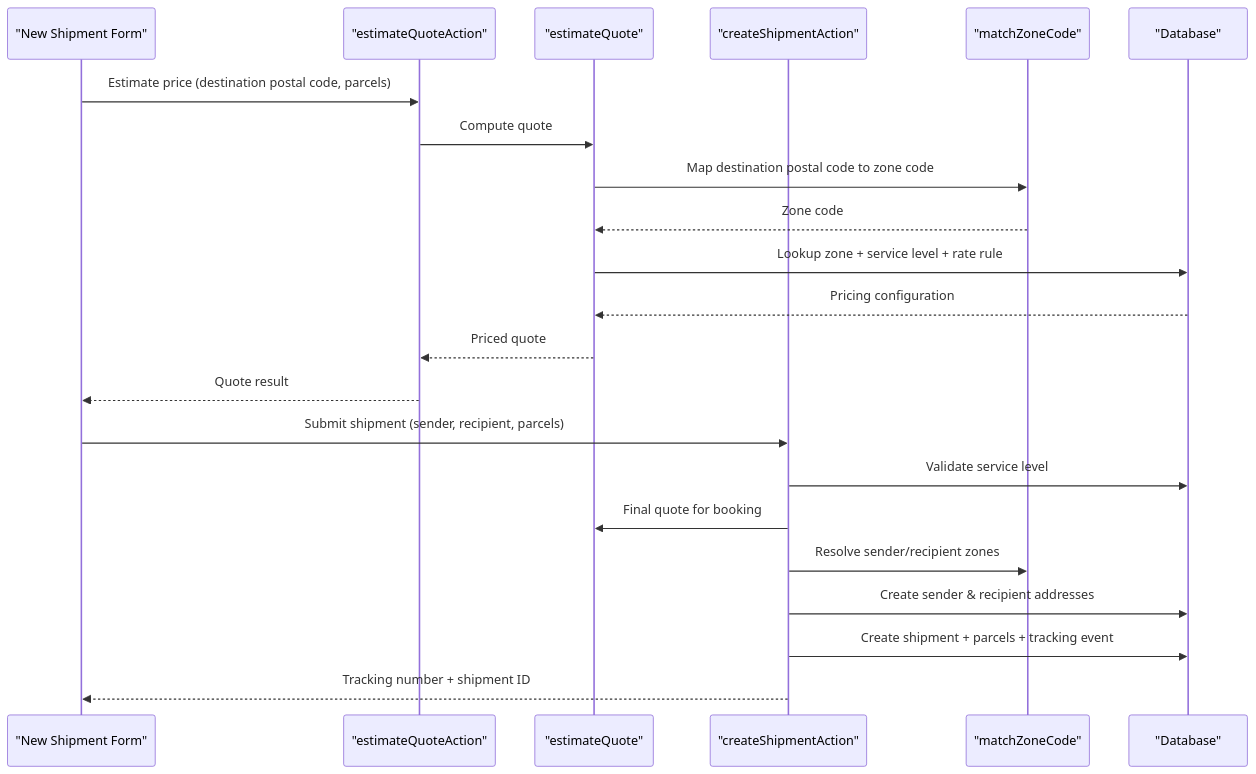
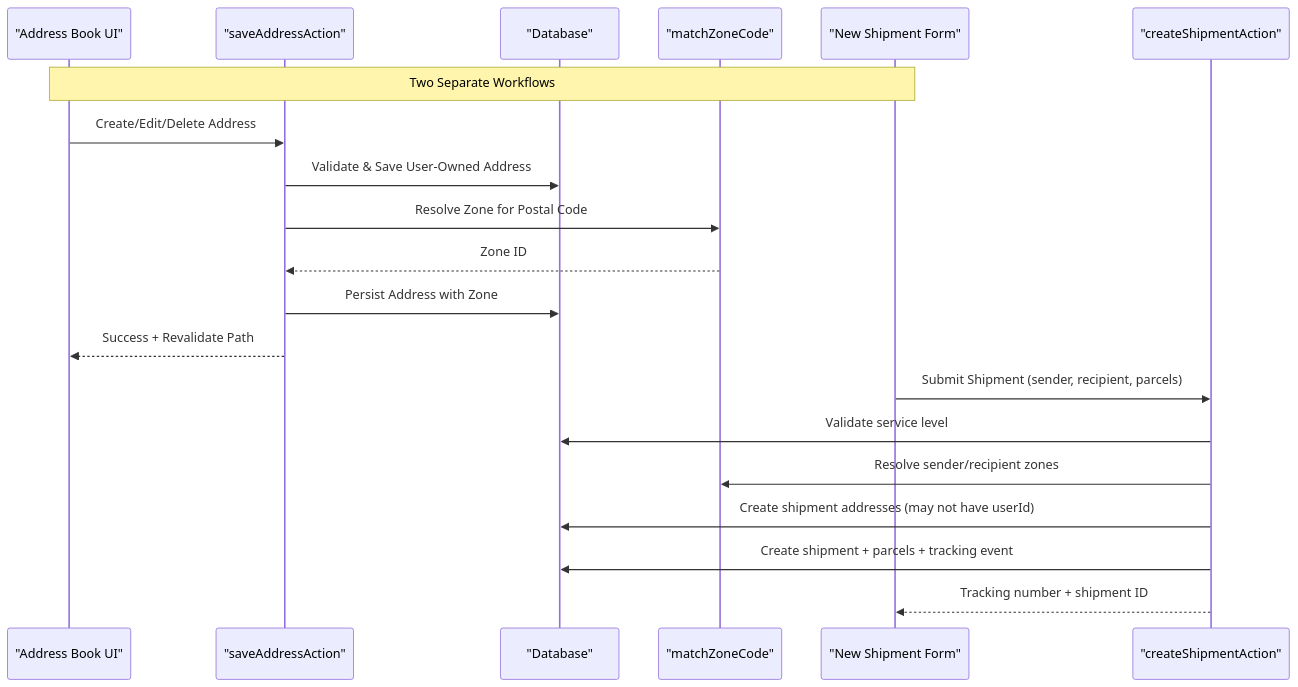
The second of 13 diagrams in .qoder/repowiki/en/content/Shipment Management/Address Management.md (gyamposudodzi/Timberland), drawn with Mermaid before and after one commit. The commit also changed other lines of this file and 48 other files, not shown here.

First line of the commit message:
feat(testing): expand E2E test coverage with new user flows and dashboard features

````diff
--- a/.qoder/repowiki/en/content/Shipment Management/Address Management.md
+++ b/.qoder/repowiki/en/content/Shipment Management/Address Management.md
@@ -87,24 +119,22 @@
 ```mermaid
 sequenceDiagram
-participant Client as "New Shipment Form"
-participant QuoteAction as "estimateQuoteAction"
-participant Rating as "estimateQuote"
-participant ShipAction as "createShipmentAction"
+participant AB as "Address Book UI"
+participant AS as "saveAddressAction"
+participant DB as "Database"
 participant Zones as "matchZoneCode"
-participant DB as "Database"
-Client->>QuoteAction : Estimate price (destination postal code, parcels)
-QuoteAction->>Rating : Compute quote
-Rating->>Zones : Map destination postal code to zone code
-Zones-->>Rating : Zone code
-Rating->>DB : Lookup zone + service level + rate rule
-DB-->>Rating : Pricing configuration
-Rating-->>QuoteAction : Priced quote
-QuoteAction-->>Client : Quote result
-Client->>ShipAction : Submit shipment (sender, recipient, parcels)
-ShipAction->>DB : Validate service level
-ShipAction->>Rating : Final quote for booking
-ShipAction->>Zones : Resolve sender/recipient zones
-ShipAction->>DB : Create sender & recipient addresses
-ShipAction->>DB : Create shipment + parcels + tracking event
-ShipAction-->>Client : Tracking number + shipment ID
+participant NS as "New Shipment Form"
+participant SA as "createShipmentAction"
+Note over AB,NS : Two Separate Workflows
+AB->>AS : Create/Edit/Delete Address
+AS->>DB : Validate & Save User-Owned Address
+AS->>Zones : Resolve Zone for Postal Code
+Zones-->>AS : Zone ID
+AS->>DB : Persist Address with Zone
+AS-->>AB : Success + Revalidate Path
+NS->>SA : Submit Shipment (sender, recipient, parcels)
+SA->>DB : Validate service level
+SA->>Zones : Resolve sender/recipient zones
+SA->>DB : Create shipment addresses (may not have userId)
+SA->>DB : Create shipment + parcels + tracking event
+SA-->>NS : Tracking number + shipment ID
 ```
````
